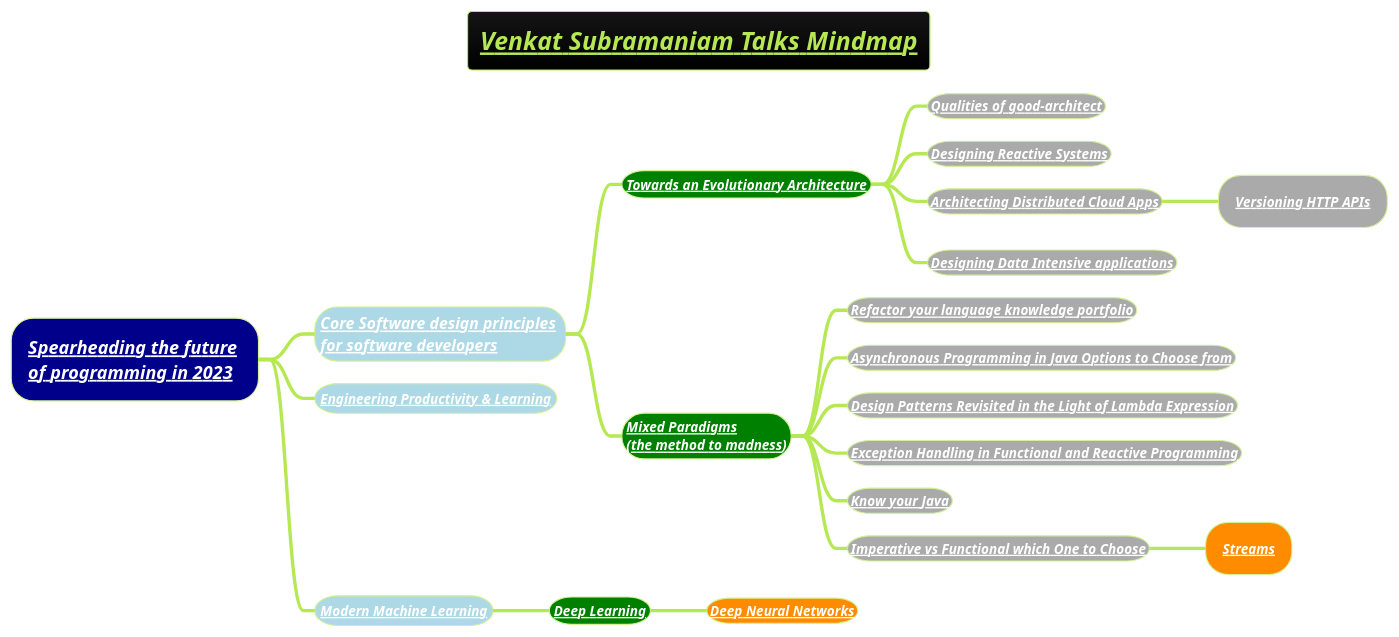
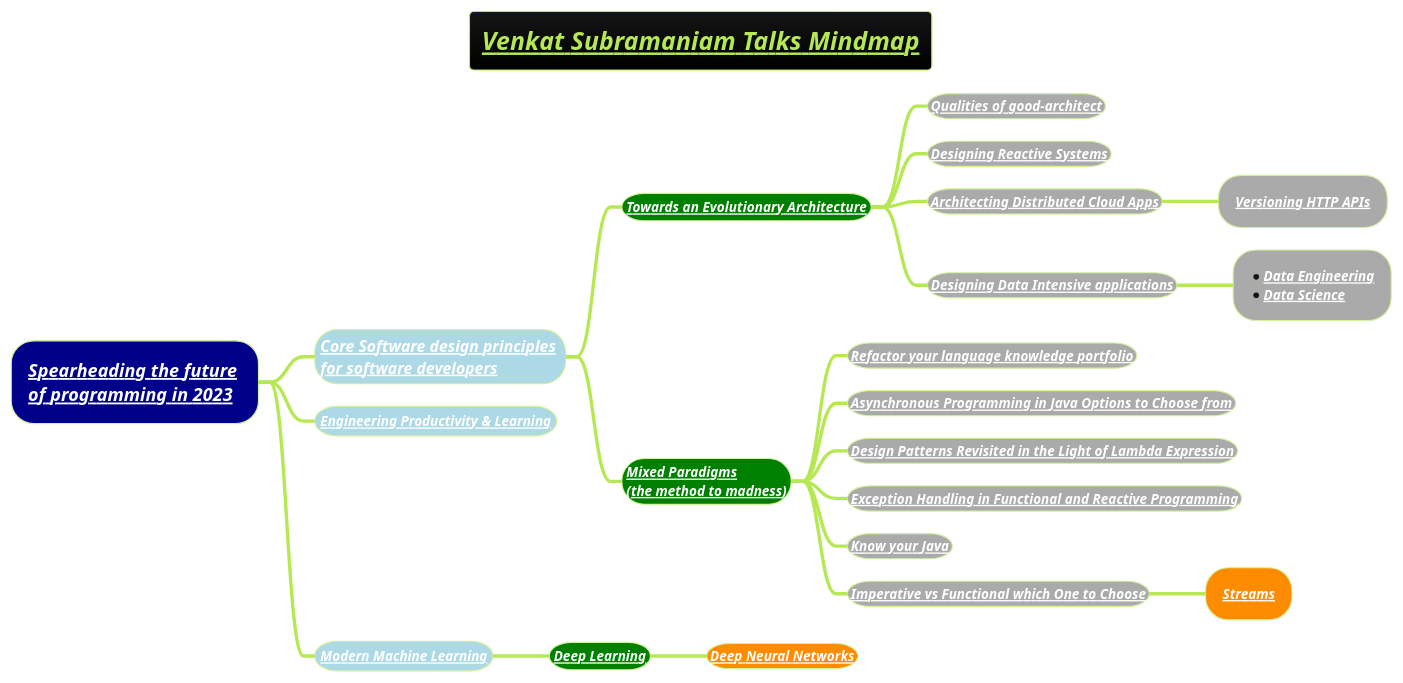
Before and after one commit to MehmoodHashmi/Documentation-as-Code-DaC: the diagram in docs/3-programming-languages/Venkat-Subramaniam/venkat-talks-mindmap.puml, drawn with PlantUML. The commit also changed 3 other files, not shown here.

```diff
--- a/docs/3-programming-languages/Venkat-Subramaniam/venkat-talks-mindmap.puml
+++ b/docs/3-programming-languages/Venkat-Subramaniam/venkat-talks-mindmap.puml
@@ -1,26 +1,27 @@
 @startmindmap
 title =<i><b><u><size:18>Venkat Subramaniam Talks Mindmap
 !theme hacker
 
 *[#darkblue] <i><color #black>[[docs/3-programming-languages/Venkat-Subramaniam/Spearheading-the-future-of-programming-2023.puml Spearheading the future]] \n<i><color #black>[[docs/3-programming-languages/Venkat-Subramaniam/Spearheading-the-future-of-programming-2023.puml of programming in 2023]]
 **[#lightblue] <color:white><i>[[docs/3-programming-languages/Venkat-Subramaniam/Core-Software-design-principles-for-software-developers.puml Core Software design principles]] \n<color:white><i>[[docs/3-programming-languages/Venkat-Subramaniam/Core-Software-design-principles-for-software-developers.puml for software developers ]]
 ***[#green] <b><i><color #black><size:12>[[docs/3-programming-languages/Venkat-Subramaniam/Towards-an-Evolutionary-Architecture.puml Towards an Evolutionary Architecture]]
 ****[#a] <b><i><color #black><size:12>[[docs/3-programming-languages/Venkat-Subramaniam/Qualities-of-good-architect.puml Qualities of good-architect]]
 ****[#a] <b><i><color #black><size:12>[[docs/3-programming-languages/Venkat-Subramaniam/Designing-Reactive-Systems.puml Designing Reactive Systems]]
 ****[#a] <b><i><color #black><size:12>[[docs/3-programming-languages/Venkat-Subramaniam/Architecting-Distributed-Cloud-Apps.puml Architecting Distributed Cloud Apps]]
 *****[#a] <b><i><color #black><size:12>[[docs/3-programming-languages/Venkat-Subramaniam/Architecting-Distributed-Cloud-Apps.puml Versioning HTTP APIs]]
 ****[#a] <b><i><color #black><size:12>[[docs/books/1-books-backlog/DBMS/Designing-Data-Intensive-Applications.puml Designing Data Intensive applications]]
+*****[#a] *<b><i><color #black><size:12>[[docs/AI-ML-DL-Data-Science-and-BigData/data-science/data-engineering/Data-Engineering.puml Data Engineering]] \n*<b><i><color #black><size:12>[[docs/AI-ML-DL-Data-Science-and-BigData/data-science/Data-Science.puml Data Science]]
 ***[#green] <b><i><color #black><size:12>[[docs/3-programming-languages/Venkat-Subramaniam/mixed-paradigms-(the-method-to-madness).puml Mixed Paradigms]] \n<b><i><color #black><size:12>[[docs/3-programming-languages/Venkat-Subramaniam/mixed-paradigms-(the-method-to-madness).puml (the method to madness)]]
 ****[#a] <b><i><color #black><size:12>[[docs/3-programming-languages/Venkat-Subramaniam/Refactor-your-language-knowledge-portfolio-(we-are-what-we-can-code-in).puml Refactor your language knowledge portfolio]]
 ****[#a] <b><i><color #black><size:12>[[docs/3-programming-languages/Venkat-Subramaniam/Asynchronous-Programming-in-Java-Options-to-Choose-from.puml Asynchronous Programming in Java Options to Choose from]]
 ****[#a] <b><i><color #black><size:12>[[docs/3-programming-languages/Venkat-Subramaniam/Design-Patterns-revisited-in-the-Light-of-Lambda-Expression.puml Design Patterns Revisited in the Light of Lambda Expression]]
 ****[#a] <b><i><color #black><size:12>[[docs/3-programming-languages/Venkat-Subramaniam/Exception-Handling-in-Functional-and-Reactive-Programming.puml Exception Handling in Functional and Reactive Programming]]
 ****[#a] <b><i><color #black><size:12>[[docs/3-programming-languages/Venkat-Subramaniam/Know-your-java-venkat.puml Know your Java]]
 ****[#a] <b><i><color #black><size:12>[[docs/3-programming-languages/Venkat-Subramaniam/Imperative-vs-Functional-Which-one-to-Choose.puml Imperative vs Functional which One to Choose]]
 *****[#darkorange] <b><i><color #black><size:12>[[docs/3-programming-languages/Venkat-Subramaniam/Streams.puml Streams]]
 **[#lightblue] <b><i><color #black><size:12>[[docs/3-programming-languages/Venkat-Subramaniam/Engineering-Productivity-and-Learning.puml Engineering Productivity & Learning]]
 **[#lightblue] <b><i><color #black><size:12>[[docs/AI-ML-DL-Data-Science-and-BigData/machine-learning-ML/Modern-Machine-Learning.puml Modern Machine Learning]]
 ***[#green] <b><i><color #black><size:12>[[docs/AI-ML-DL-Data-Science-and-BigData/machine-learning-ML/3-deep-learning-DL/Deep-Learning.puml Deep Learning]]
 ****[#darkorange] <b><i><color #black><size:12>[[docs/AI-ML-DL-Data-Science-and-BigData/machine-learning-ML/3-deep-learning-DL/Neural-Network-Architecture.puml Deep Neural Networks]]
 
 @endmindmap
```
